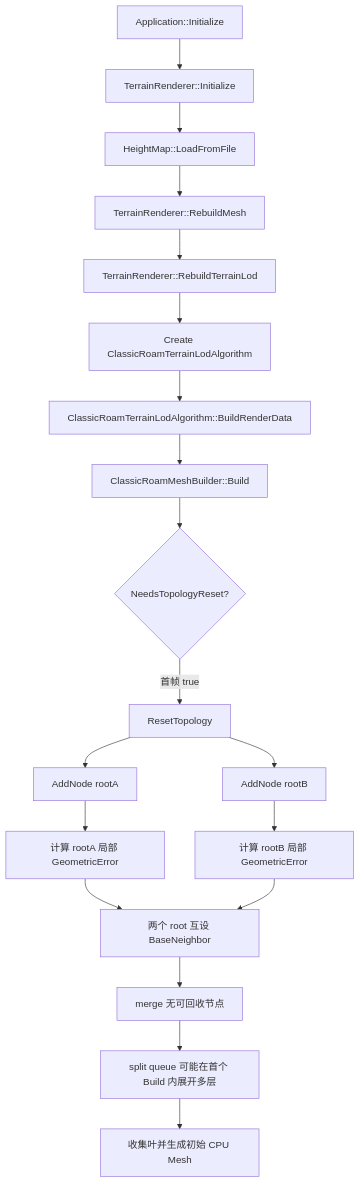
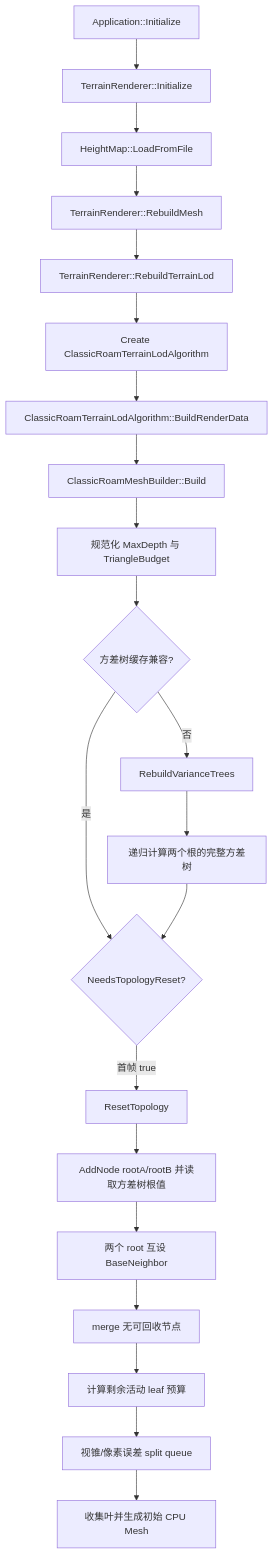
The second of 3 diagrams in docs/source_analysis/classic_roam_context.md (mcaswen/RoamTesting), drawn with Mermaid before and after one commit. The commit also changed other lines of this file and 7 other files, not shown here.

````diff
--- a/docs/source_analysis/classic_roam_context.md
+++ b/docs/source_analysis/classic_roam_context.md
@@ -145,21 +145,23 @@
 ```mermaid
 flowchart TD
     A[Application::Initialize] --> B[TerrainRenderer::Initialize]
     B --> C[HeightMap::LoadFromFile]
     C --> D[TerrainRenderer::RebuildMesh]
     D --> E[TerrainRenderer::RebuildTerrainLod]
     E --> F[Create ClassicRoamTerrainLodAlgorithm]
     F --> G[ClassicRoamTerrainLodAlgorithm::BuildRenderData]
     G --> H[ClassicRoamMeshBuilder::Build]
-    H --> I{NeedsTopologyReset?}
-    I -->|首帧 true| J[ResetTopology]
-    J --> K[AddNode rootA]
-    J --> L[AddNode rootB]
-    K --> M[计算 rootA 局部 GeometricError]
-    L --> N[计算 rootB 局部 GeometricError]
-    M --> O[两个 root 互设 BaseNeighbor]
-    N --> O
-    O --> P[merge 无可回收节点]
-    P --> Q[split queue 可能在首个 Build 内展开多层]
-    Q --> R[收集叶并生成初始 CPU Mesh]
+    H --> I[规范化 MaxDepth 与 TriangleBudget]
+    I --> J{方差树缓存兼容?}
+    J -->|否| K[RebuildVarianceTrees]
+    K --> L[递归计算两个根的完整方差树]
+    J -->|是| M{NeedsTopologyReset?}
+    L --> M
+    M -->|首帧 true| N[ResetTopology]
+    N --> O[AddNode rootA/rootB 并读取方差树根值]
+    O --> P[两个 root 互设 BaseNeighbor]
+    P --> Q[merge 无可回收节点]
+    Q --> R[计算剩余活动 leaf 预算]
+    R --> S[视锥/像素误差 split queue]
+    S --> T[收集叶并生成初始 CPU Mesh]
 ```
````
